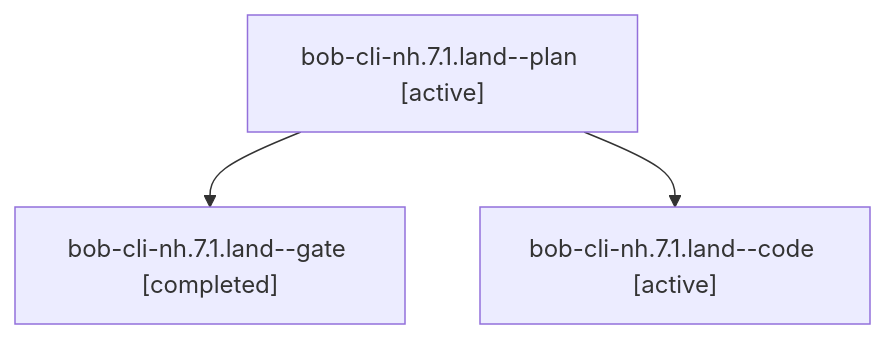
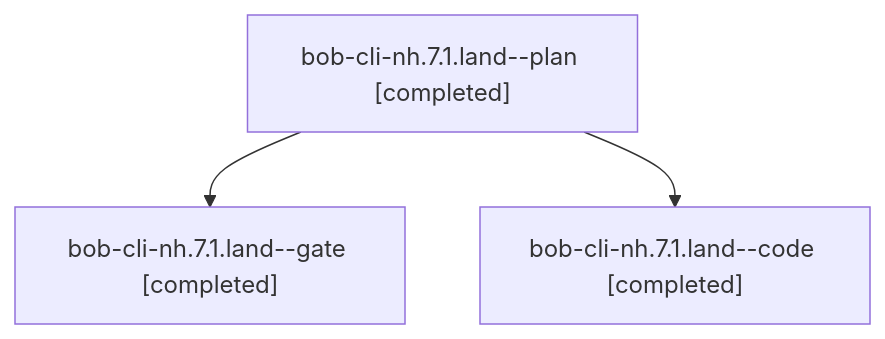
Before and after one commit to bobs-org/bob-cli--agents: the diagram in sessions/bbugyi200.athena.bob-cli-nh.7.1.land.md, drawn with Mermaid. The commit also changed other lines of this file and 121 other files, not shown here.

````diff
--- a/sessions/bbugyi200.athena.bob-cli-nh.7.1.land.md
+++ b/sessions/bbugyi200.athena.bob-cli-nh.7.1.land.md
@@ -9,8 +9,8 @@
 ```mermaid
 flowchart TD
-  n0["bob-cli-nh.7.1.land--plan [active]"]
+  n0["bob-cli-nh.7.1.land--plan [completed]"]
   n1["bob-cli-nh.7.1.land--gate [completed]"]
   n0 --> n1
-  n2["bob-cli-nh.7.1.land--code [active]"]
+  n2["bob-cli-nh.7.1.land--code [completed]"]
   n0 --> n2
 ```
````
